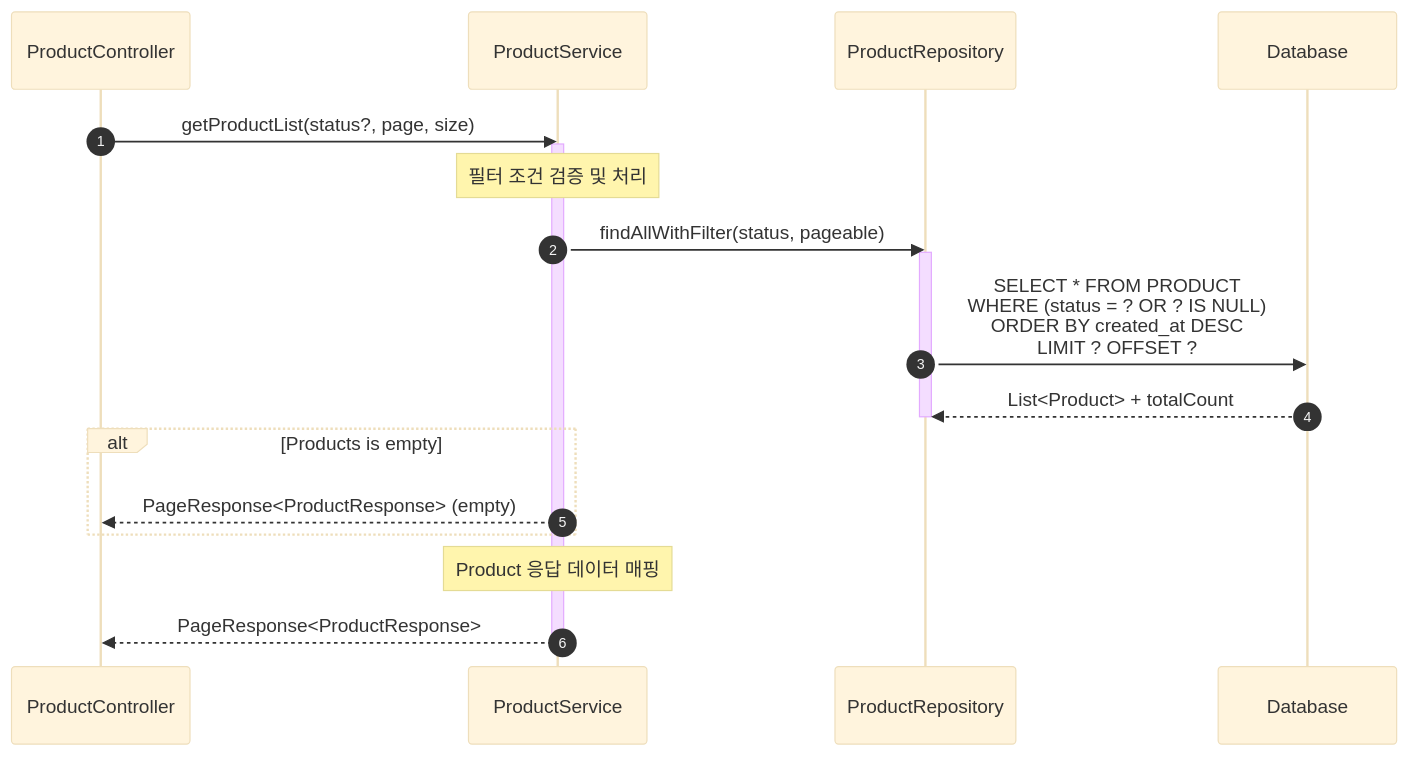
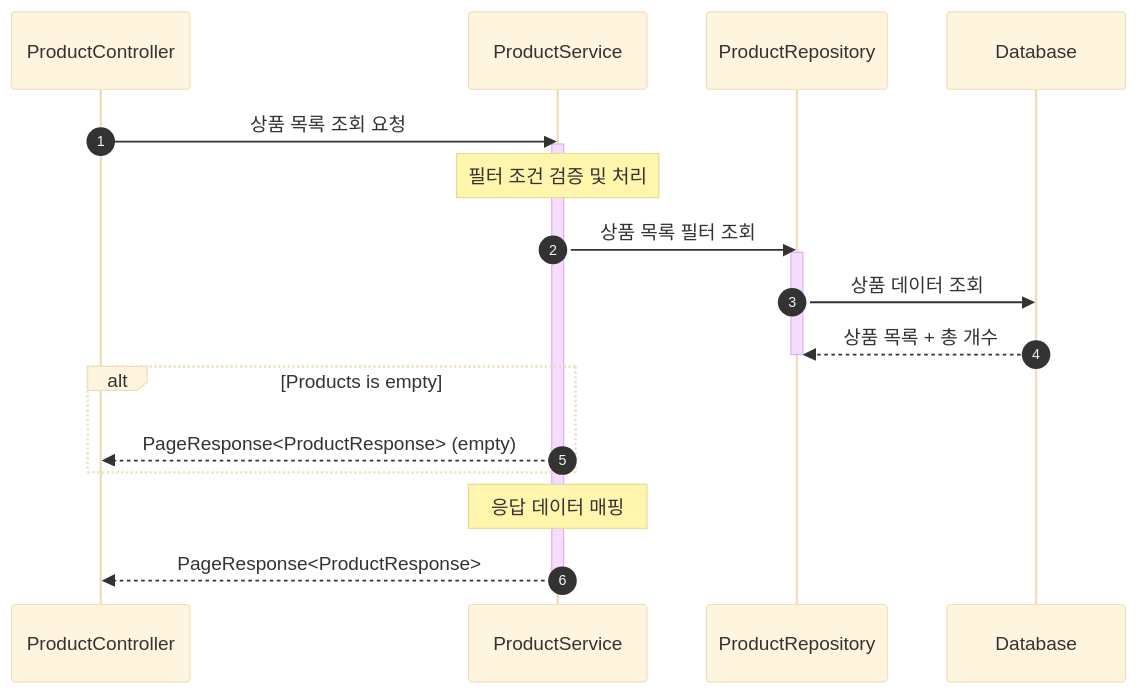
One commit to hye-ung97/hh-e-commerce changed the first of 16 diagrams in docs/api/api-specification.md. Above: the diagram before and after it, drawn with Mermaid (base theme). The commit also changed other lines of this file, not shown here.

Commit message:
fix: 시퀀스 다이어그램에서 함수 이름 -> 설명으로 변경

````diff
--- a/docs/api/api-specification.md
+++ b/docs/api/api-specification.md
@@ -88,28 +88,28 @@
 ```mermaid
 sequenceDiagram
     autonumber
     participant C as ProductController
     participant S as ProductService
     participant PR as ProductRepository
     participant DB as Database
 
-    C->>S: getProductList(status?, page, size)
+    C->>S: 상품 목록 조회 요청
     activate S
 
     Note over S: 필터 조건 검증 및 처리
 
-    S->>PR: findAllWithFilter(status, pageable)
+    S->>PR: 상품 목록 필터 조회
     activate PR
-    PR->>DB: SELECT * FROM PRODUCT<br/>WHERE (status = ? OR ? IS NULL)<br/>ORDER BY created_at DESC<br/>LIMIT ? OFFSET ?
-    DB-->>PR: List<Product> + totalCount
+    PR->>DB: 상품 데이터 조회
+    DB-->>PR: 상품 목록 + 총 개수
     deactivate PR
 
     alt Products is empty
         S-->>C: PageResponse<ProductResponse> (empty)
     end
 
-    Note over S: Product 응답 데이터 매핑
+    Note over S: 응답 데이터 매핑
 
     S-->>C: PageResponse<ProductResponse>
     deactivate S
 ```
````
